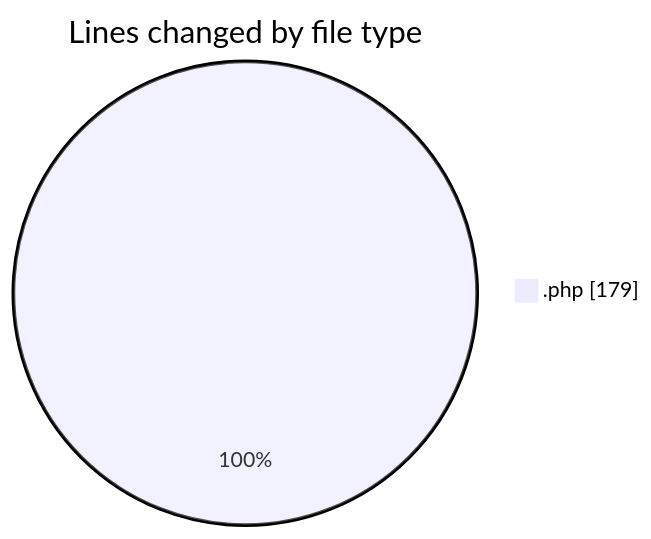
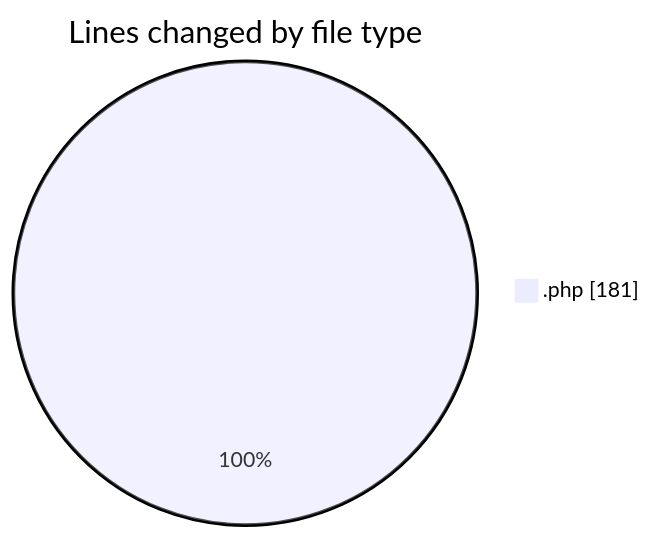
One commit to LanceThiago/code-tracking changed the first of 2 diagrams in 2025-05-14/web/README.md. Above: the diagram before and after it, drawn with Mermaid. The commit also changed other lines of this file and 1 other file, not shown here.

````diff
--- a/2025-05-14/web/README.md
+++ b/2025-05-14/web/README.md
@@ -20,5 +20,5 @@
 ```mermaid
 pie showData
 title Lines changed by file type
-".php" : 179
+".php" : 181
 ```
````
